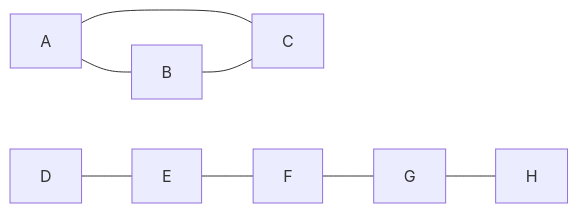
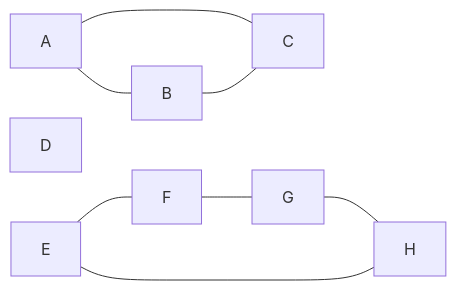
The fourth of 5 diagrams in partition/girvan-newman.md (hmdsefi/gograph), drawn with Mermaid before and after one commit. The commit also changed other lines of this file, not shown here.

````diff
--- a/partition/girvan-newman.md
+++ b/partition/girvan-newman.md
@@ -187,10 +195,11 @@
 ```mermaid
 flowchart LR
     A --- B
     A --- C
     B --- C
-    D --- E
+    D
     E --- F
     F --- G
     G --- H
+    E --- H
 ```
````
